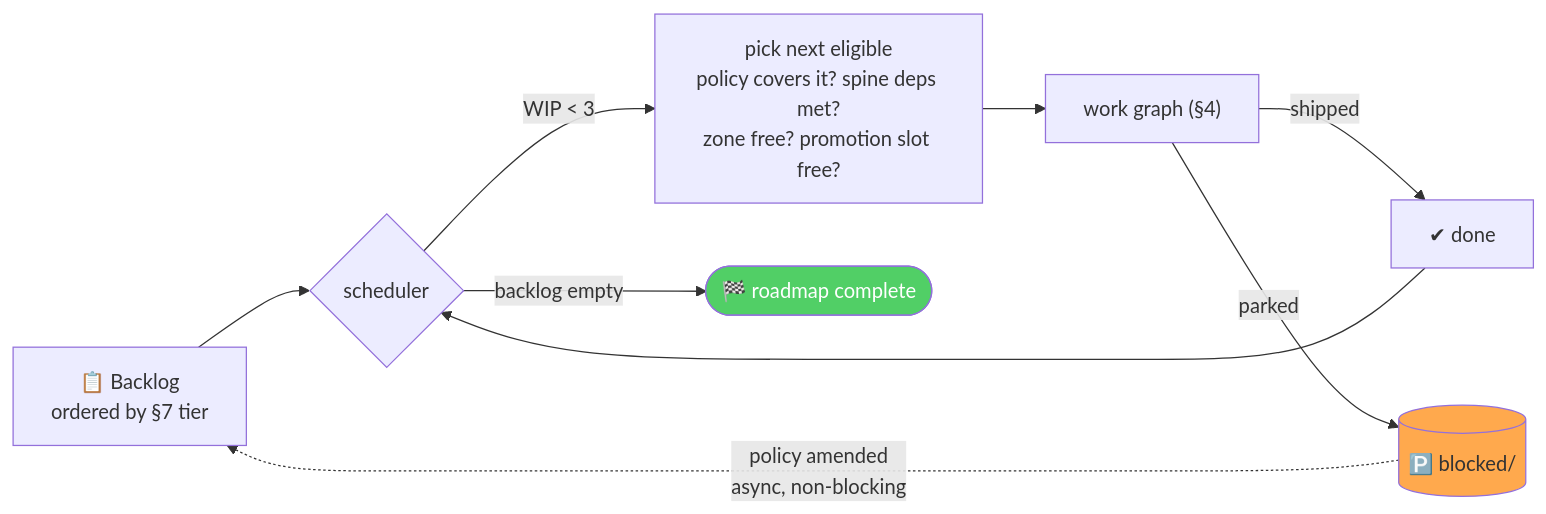
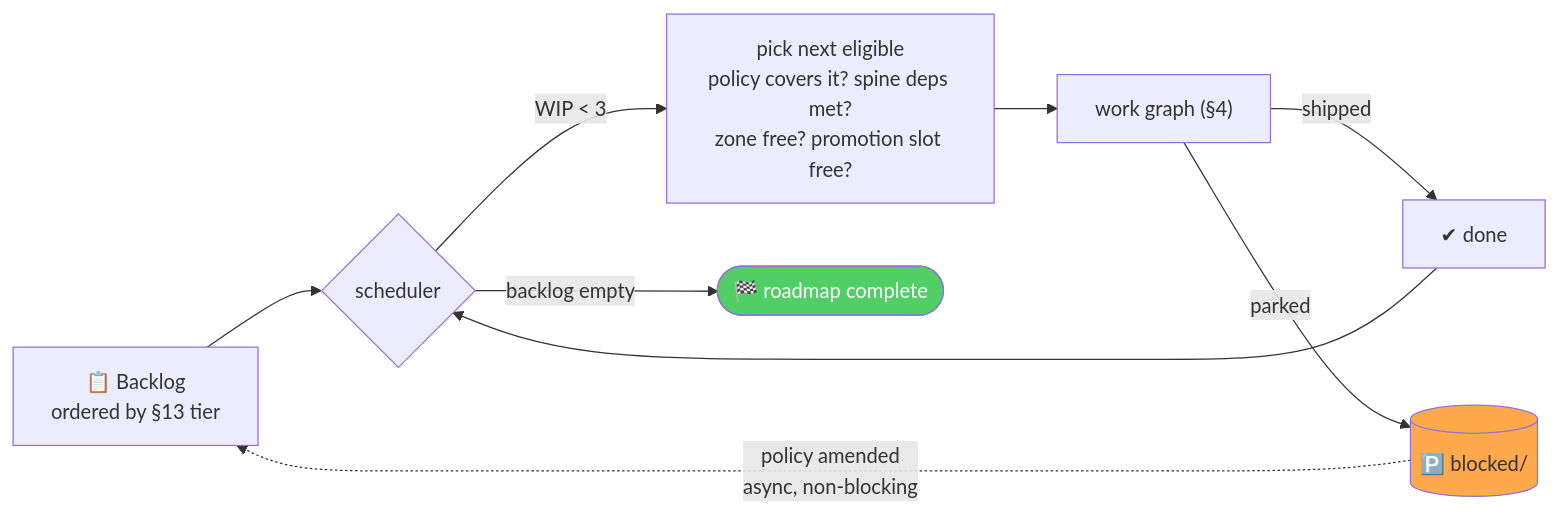
One commit to murad-asaad19/BVisionRY-be-v2 changed the third of 3 diagrams in docs/agent-execution-graph.md. Above: the diagram before and after it, drawn with Mermaid. The commit also changed other lines of this file and 4 other files, not shown here.

First line of the commit message:
Consolidate roadmap into a single doc + machine-readable policy

````diff
--- a/docs/agent-execution-graph.md
+++ b/docs/agent-execution-graph.md
@@ -356,13 +357,13 @@
 ```mermaid
 flowchart LR
-    Q["📋 Backlog<br/>ordered by §7 tier"] --> SCHED{"scheduler"}
+    Q["📋 Backlog<br/>ordered by §13 tier"] --> SCHED{"scheduler"}
     SCHED -->|"WIP < 3"| PICK["pick next eligible<br/>policy covers it? spine deps met?<br/>zone free? promotion slot free?"]
     PICK --> WG["work graph (§4)"]
     WG -->|shipped| Q2["✔ done"]
     WG -->|parked| BL[("🅿️ blocked/")]
     BL -.->|"policy amended<br/>async, non-blocking"| Q
     Q2 --> SCHED
     SCHED -->|"backlog empty"| END(["🏁 roadmap complete"])
     style END fill:#51cf66,color:#fff
     style BL fill:#ffa94d
 ```
````
